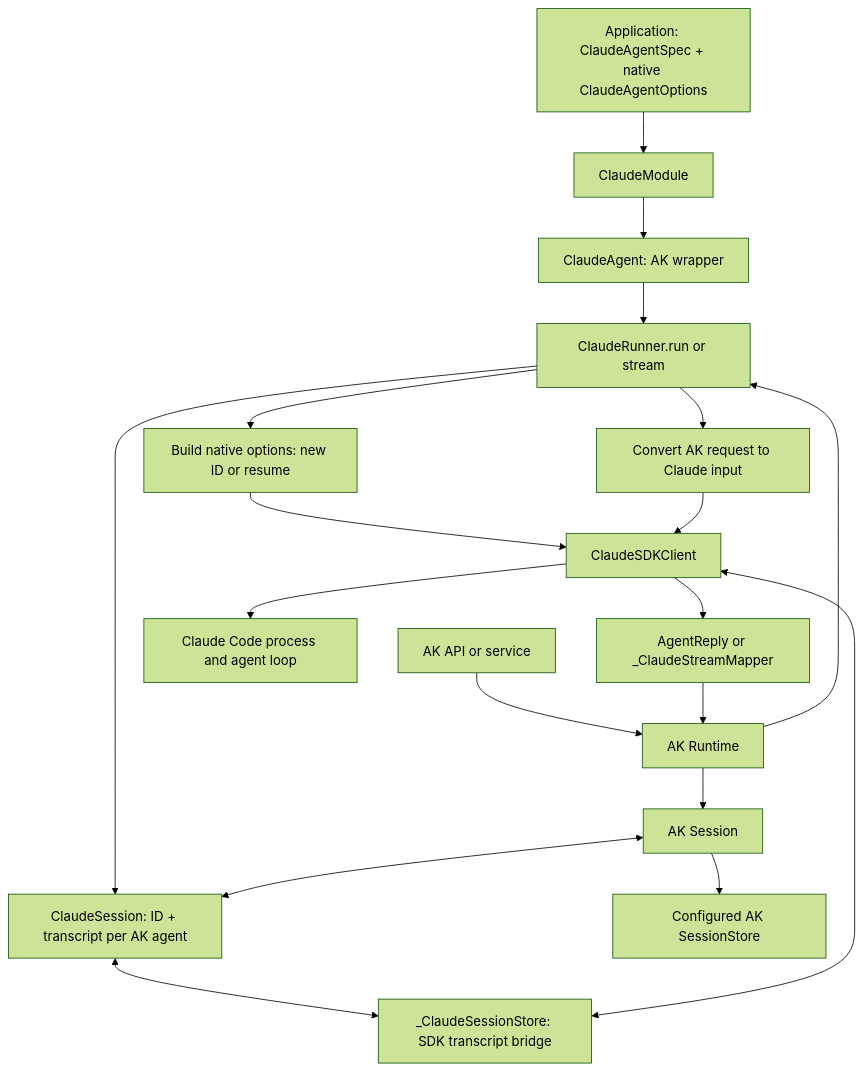
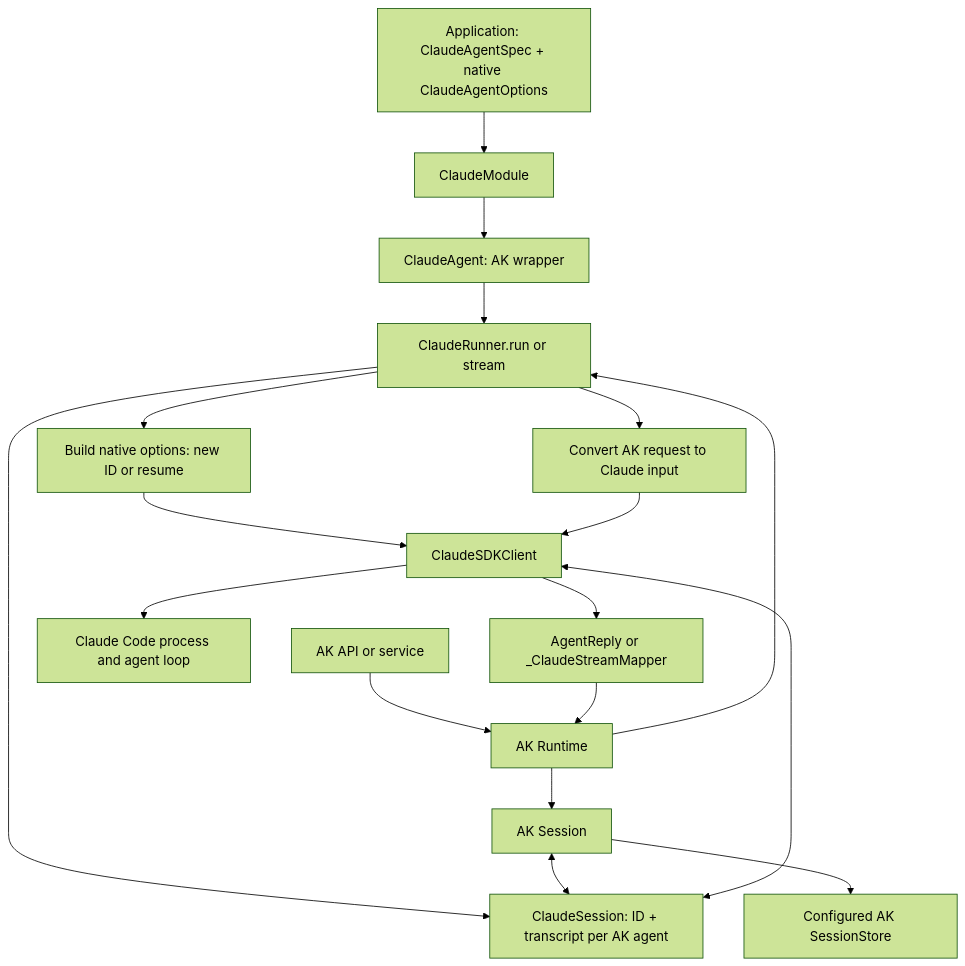
Before and after one commit to pulindu-yl/agent-kernel: the diagram in docs/specs/721-claude-agent-sdk/design.md, drawn with Mermaid (forest theme). The commit also changed other lines of this file and 14 other files, not shown here.

Commit message:
refactor(claude): make ClaudeSession the SDK session store, pass framework_context via ToolContext

````diff
--- a/docs/specs/721-claude-agent-sdk/design.md
+++ b/docs/specs/721-claude-agent-sdk/design.md
@@ -89,21 +89,20 @@
 ```mermaid
 flowchart TD
     App[Application: ClaudeAgentSpec + native ClaudeAgentOptions] --> Module[ClaudeModule]
     Module --> Agent[ClaudeAgent: AK wrapper]
     API[AK API or service] --> Runtime[AK Runtime]
     Runtime --> Runner[ClaudeRunner.run or stream]
     Runtime --> AKSession[AK Session]
     Agent --> Runner
     Runner --> Input[Convert AK request to Claude input]
     Runner --> State[ClaudeSession: ID + transcript per AK agent]
     AKSession <--> State
-    State <--> Bridge[_ClaudeSessionStore: SDK transcript bridge]
     Runner --> Options[Build native options: new ID or resume]
     Options --> Client[ClaudeSDKClient]
     Input --> Client
-    Bridge <--> Client
+    State <--> Client
     Client --> CLI[Claude Code process and agent loop]
     Client --> Reply[AgentReply or _ClaudeStreamMapper]
     Reply --> Runtime
     AKSession --> Store[Configured AK SessionStore]
 ```
````
